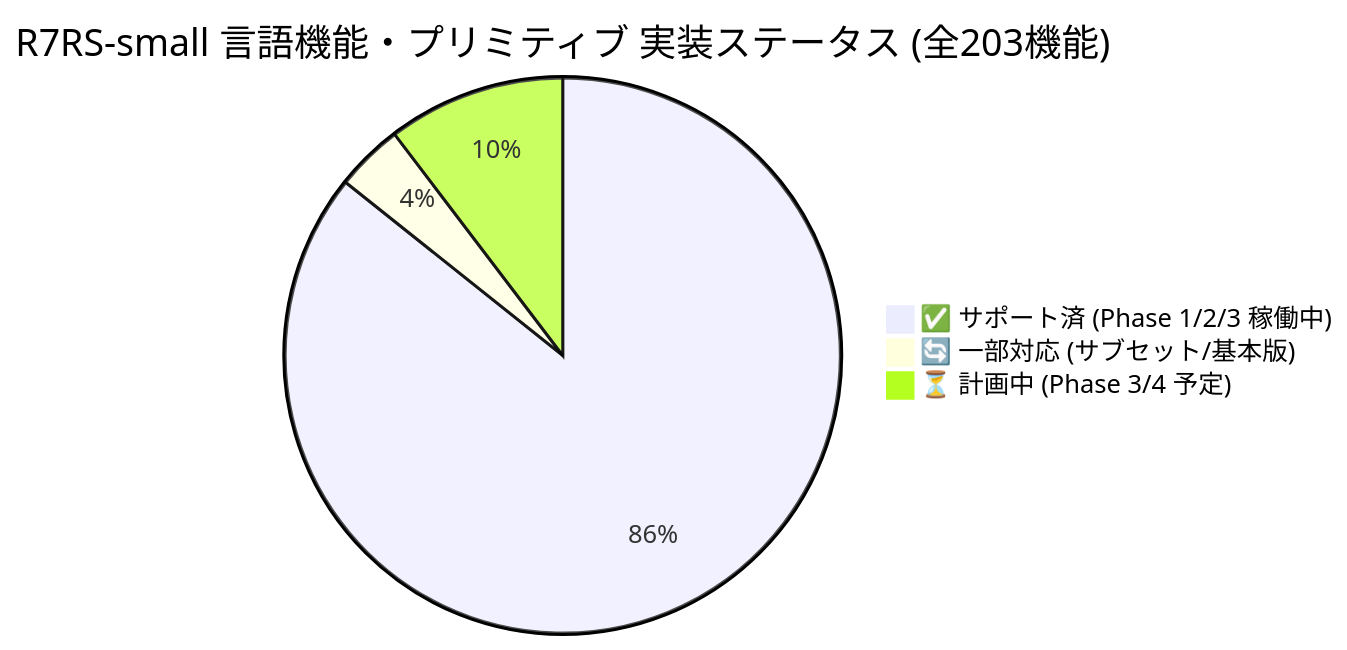
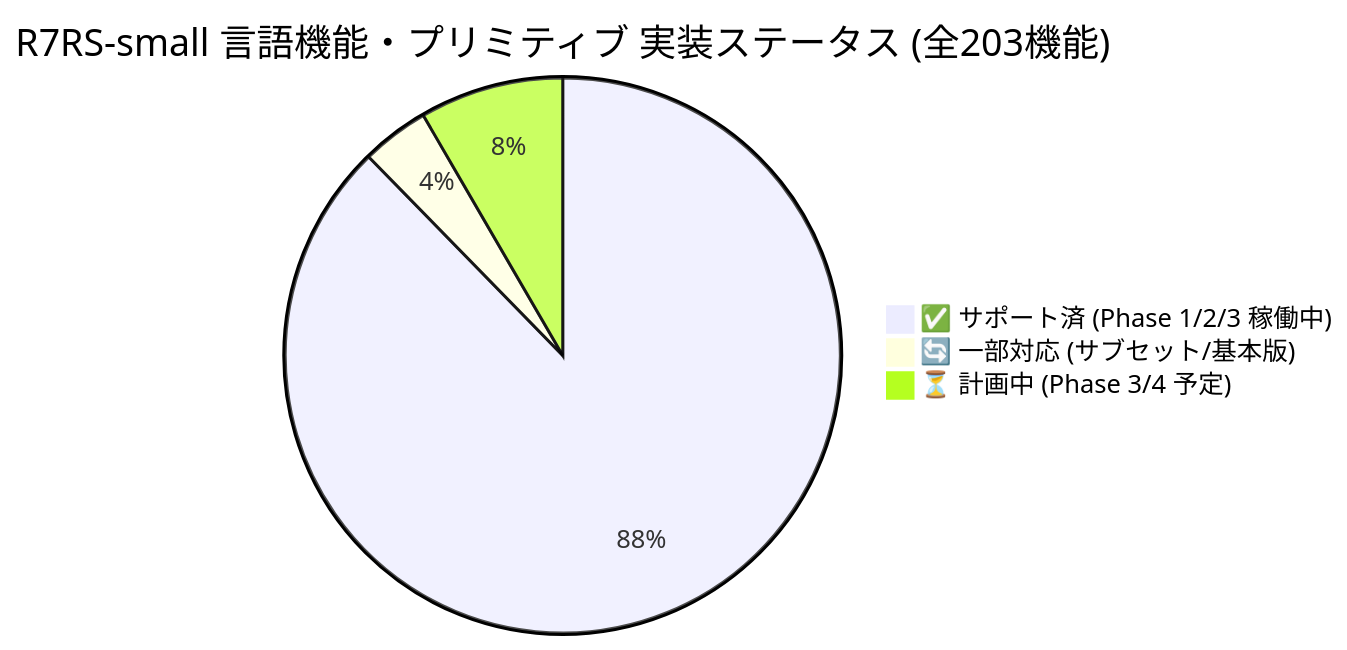
Before and after one commit to rokujyouhitoma/arxiv-security-papers: the first of 3 diagrams in ilisp/docs/SPEC_R7RS.md, drawn with Mermaid. The commit also changed other lines of this file and 8 other files, not shown here.

````diff
--- a/ilisp/docs/SPEC_R7RS.md
+++ b/ilisp/docs/SPEC_R7RS.md
@@ -17,6 +17,6 @@
 ```mermaid
 pie title R7RS-small 言語機能・プリミティブ 実装ステータス (全203機能)
-    "✅ サポート済 (Phase 1/2/3 稼働中)" : 174
+    "✅ サポート済 (Phase 1/2/3 稼働中)" : 178
     "🔄 一部対応 (サブセット/基本版)" : 8
-    "⏳ 計画中 (Phase 3/4 予定)" : 21
+    "⏳ 計画中 (Phase 3/4 予定)" : 17
 ```
````
